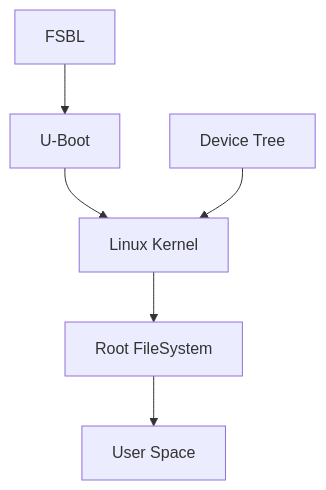
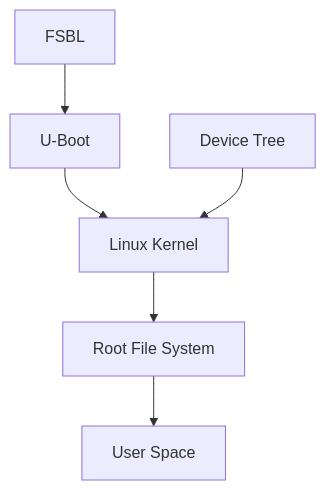
One commit to TER-Zybo/Documentations changed the diagram in docs/docs/boot_sequence.md. Above: the diagram before and after it, drawn with Mermaid. The commit also changed other lines of this file, not shown here.

Commit message:
docs: update boot_sequence

````diff
--- a/docs/docs/boot_sequence.md
+++ b/docs/docs/boot_sequence.md
@@ -9,8 +9,8 @@
 ```mermaid
 graph TD;
     A[FSBL] --> B[U-Boot]
     B --> C[Linux Kernel]
-    C --> D[Root FileSystem]
+    C --> D[Root File System]
     E[Device Tree] --> C
     D --> F[User Space]
 ```
````
